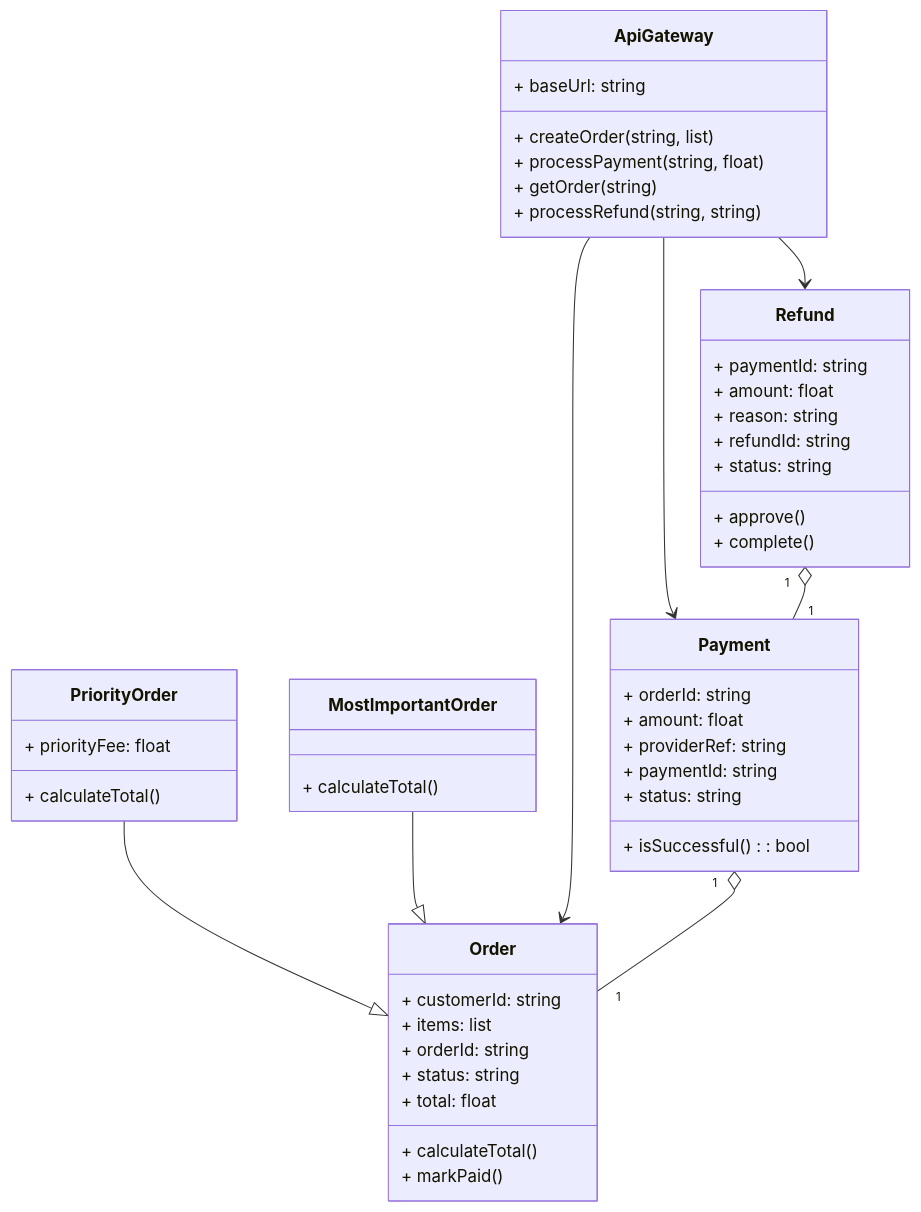
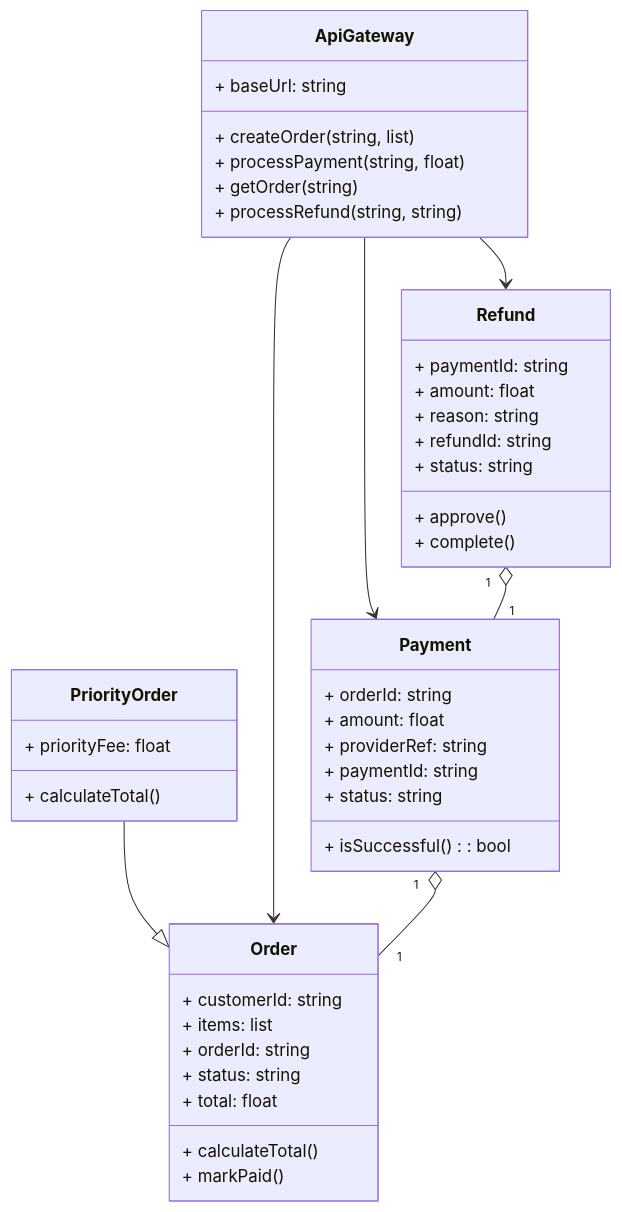
One commit to matzatezalo/local_arcbot_testing changed the diagram in docs/architecture/uml_domain_model.md. Above: the diagram before and after it, drawn with Mermaid. The commit also changed other lines of this file, not shown here.

Commit message:
feat: Generated architecture diagrams

````diff
--- a/docs/architecture/uml_domain_model.md
+++ b/docs/architecture/uml_domain_model.md
@@ -9,51 +9,47 @@
 ```mermaid
 classDiagram
     class ApiGateway {
         + baseUrl: string
         + createOrder(string, list)
         + processPayment(string, float)
         + getOrder(string)
         + processRefund(string, string)
     }
     class Order {
         + customerId: string
         + items: list
         + orderId: string
         + status: string
         + total: float
         + calculateTotal()
         + markPaid()
     }
     class PriorityOrder {
         + priorityFee: float
         + calculateTotal()
     }
-    class MostImportantOrder {
-        + calculateTotal()
-    }
     class Payment {
         + orderId: string
         + amount: float
         + providerRef: string
         + paymentId: string
         + status: string
         + isSuccessful(): bool
     }
     class Refund {
         + paymentId: string
         + amount: float
         + reason: string
         + refundId: string
         + status: string
         + approve()
         + complete()
     }
 
     PriorityOrder --|> Order
-    MostImportantOrder --|> Order
     ApiGateway --> Order
     ApiGateway --> Payment
     ApiGateway --> Refund
     Payment "1" o-- "1" Order
     Refund "1" o-- "1" Payment
 ```
````
